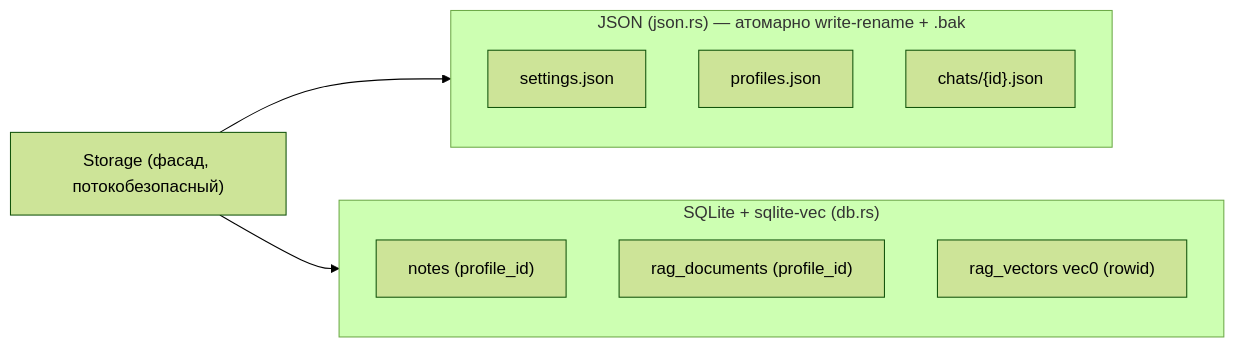
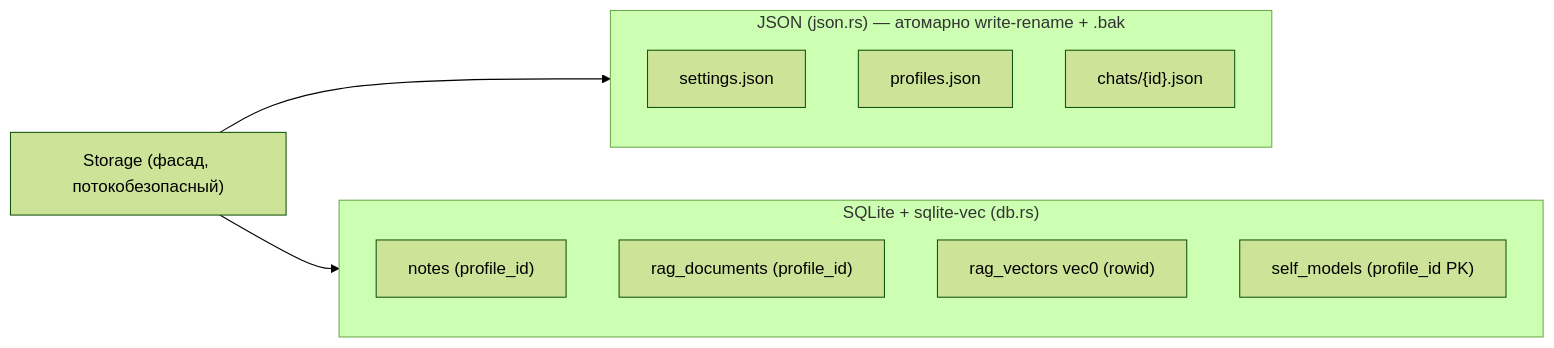
One commit to vshylov/mindfork-rs changed the ninth of 12 diagrams in docs/architecture.md. Above: the diagram before and after it, drawn with Mermaid (forest theme). The commit also changed other lines of this file and 13 other files, not shown here.

````diff
--- a/docs/architecture.md
+++ b/docs/architecture.md
@@ -520,16 +520,17 @@
 ```mermaid
 flowchart LR
     STORE["Storage (фасад, потокобезопасный)"]
     subgraph JSON["JSON (json.rs) — атомарно write-rename + .bak"]
         SET["settings.json"]
         PRO["profiles.json"]
         CHATS["chats/{id}.json"]
     end
     subgraph DB["SQLite + sqlite-vec (db.rs)"]
         NOTES["notes (profile_id)"]
         RAGD["rag_documents (profile_id)"]
         VEC["rag_vectors vec0 (rowid)"]
+        SELF["self_models (profile_id PK)"]
     end
     STORE --> JSON
     STORE --> DB
 ```
````
